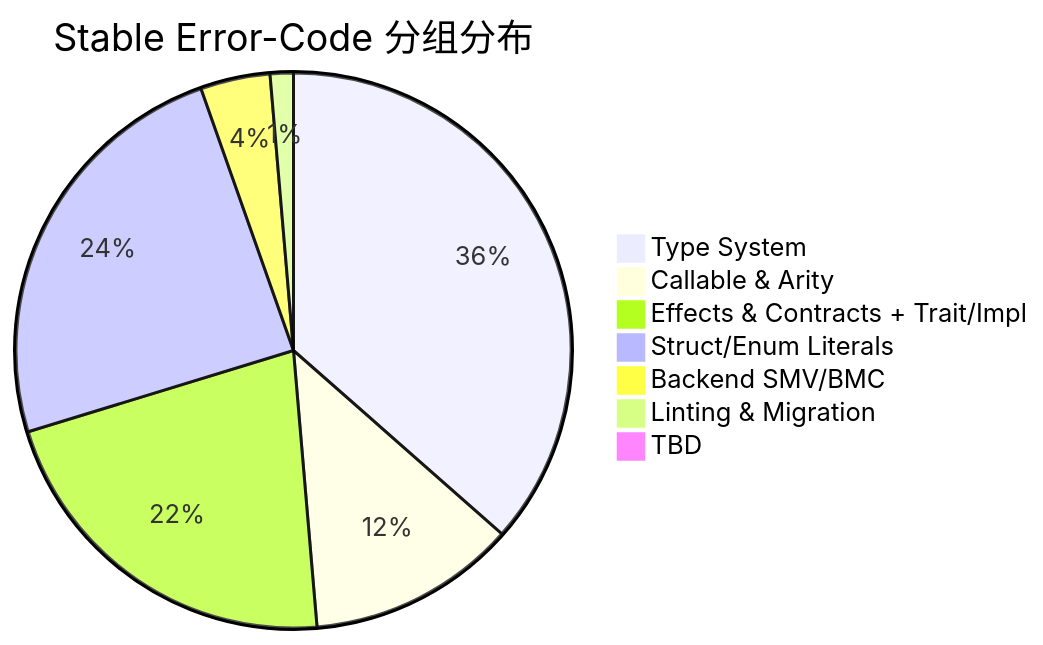
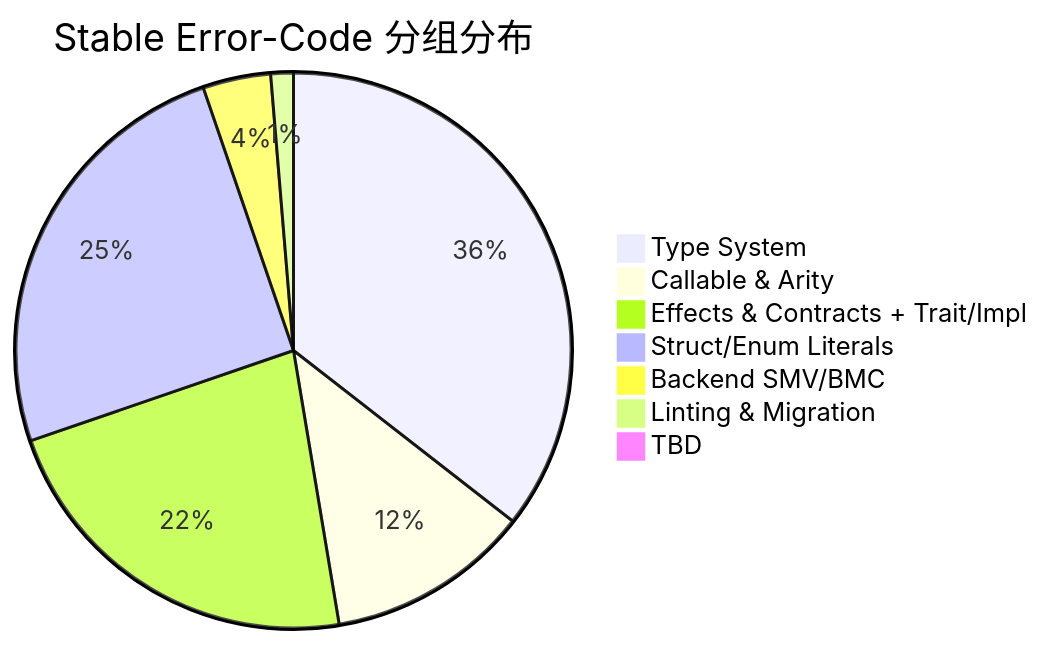
The diagram in docs/reference/error-codes.zh.md (Zzzode/AHFL), drawn with Mermaid before and after one commit. The commit also changed other lines of this file and 2 other files, not shown here.

````diff
--- a/docs/reference/error-codes.zh.md
+++ b/docs/reference/error-codes.zh.md
@@ -14,10 +14,10 @@
 ```mermaid
 pie title Stable Error-Code 分组分布
     "Type System" : 27
     "Callable & Arity" : 9
-    "Effects & Contracts + Trait/Impl" : 16
-    "Struct/Enum Literals" : 18
+    "Effects & Contracts + Trait/Impl" : 17
+    "Struct/Enum Literals" : 19
     "Backend SMV/BMC" : 3
     "Linting & Migration" : 1
     "TBD" : 0
 ```
````
